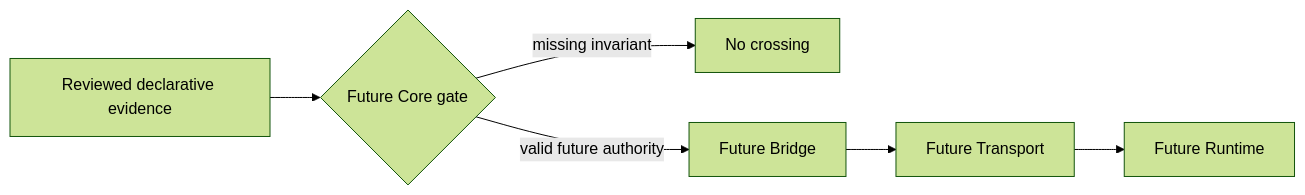
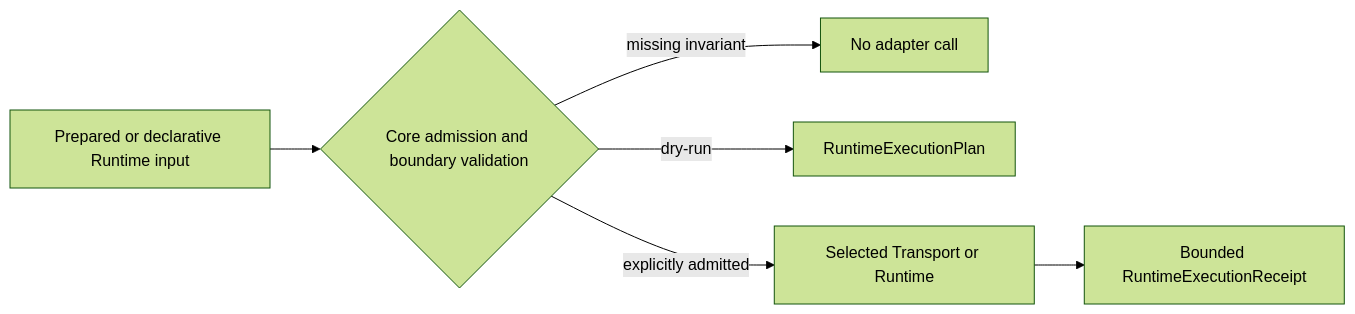
One commit to Deadpool042/loop-engine changed the fourth of 6 diagrams in docs/architecture/execution-architecture-rfc.md. Above: the diagram before and after it, drawn with Mermaid (forest theme). The commit also changed other lines of this file, not shown here.

Commit message:
docs(architecture): align execution RFC with current implementation

````diff
--- a/docs/architecture/execution-architecture-rfc.md
+++ b/docs/architecture/execution-architecture-rfc.md
@@ -95,8 +135,8 @@
 ```mermaid
 flowchart LR
-  Evidence["Reviewed declarative evidence"] --> CoreGate{"Future Core gate"}
-  CoreGate -- "missing invariant" --> Deny["No crossing"]
-  CoreGate -- "valid future authority" --> Bridge["Future Bridge"]
-  Bridge --> Transport["Future Transport"]
-  Transport --> Runtime["Future Runtime"]
+  Prepared["Prepared or declarative Runtime input"] --> CoreGate{"Core admission and boundary validation"}
+  CoreGate -- "missing invariant" --> Deny["No adapter call"]
+  CoreGate -- "dry-run" --> Plan["RuntimeExecutionPlan"]
+  CoreGate -- "explicitly admitted" --> Transport["Selected Transport or Runtime"]
+  Transport --> Receipt["Bounded RuntimeExecutionReceipt"]
 ```
````
